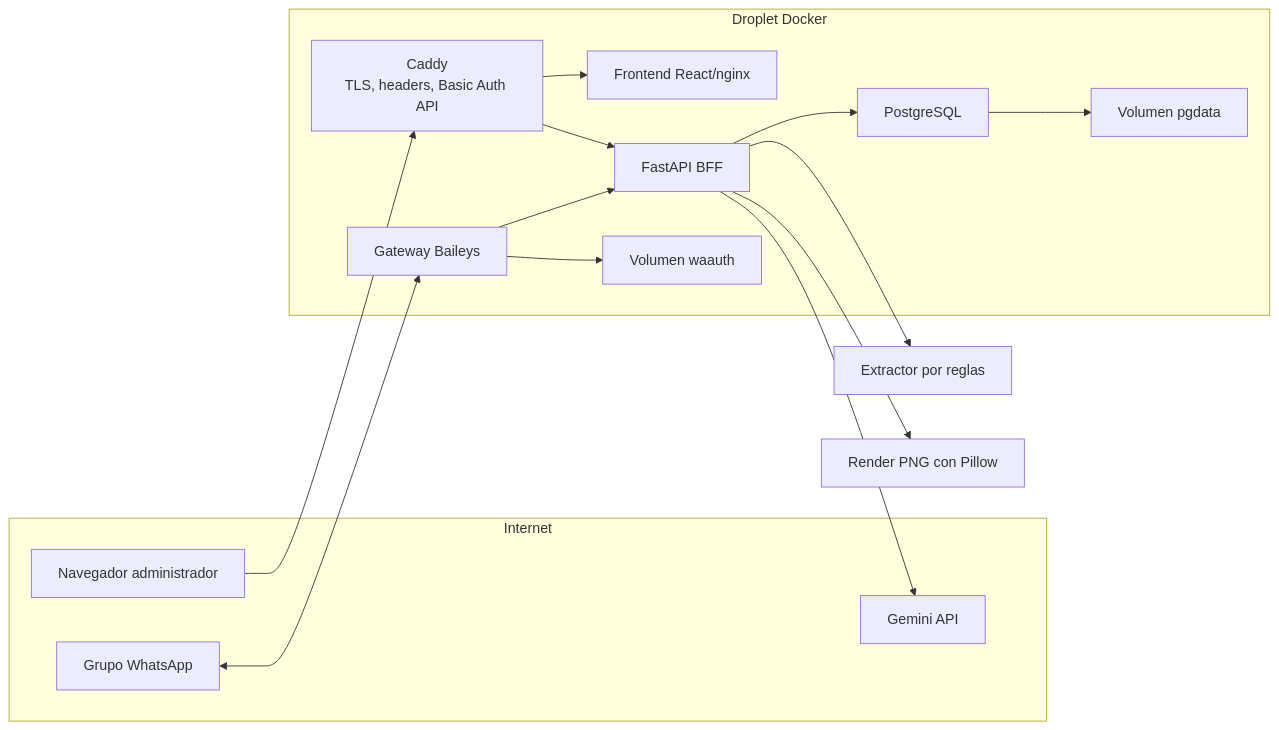
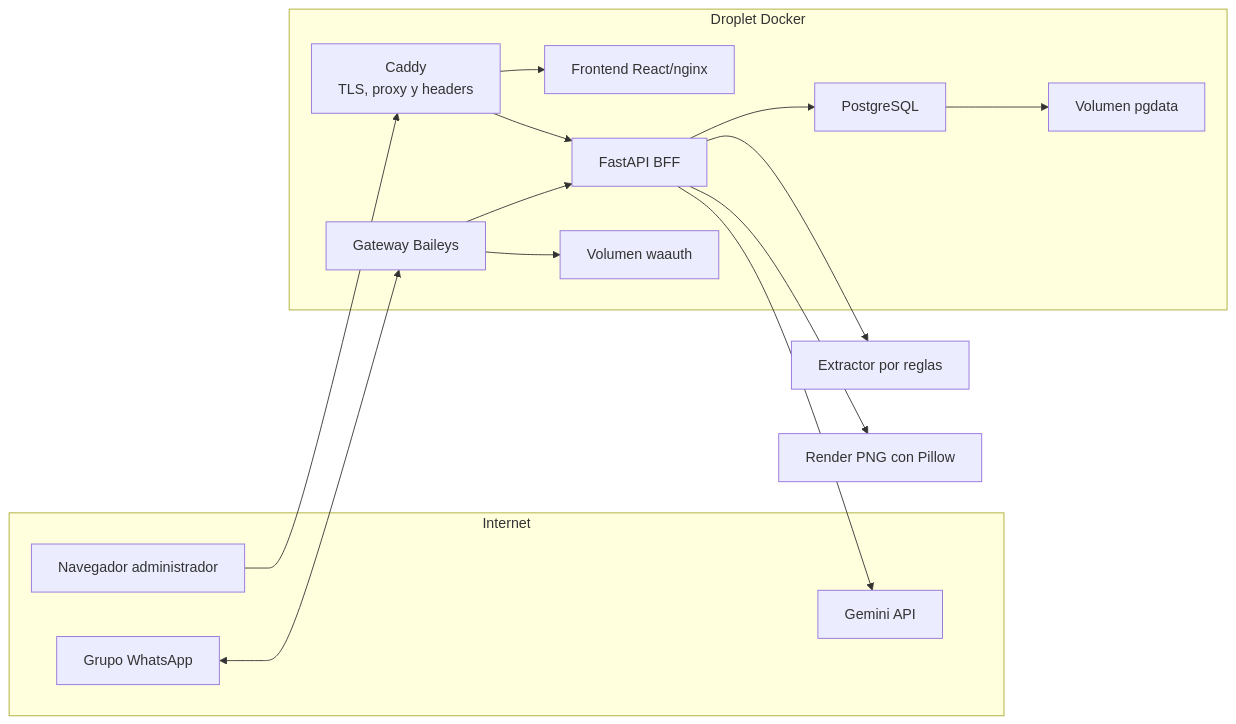
The first of 4 diagrams in coordinador-simple-mvp/docs/ARQUITECTURA.md (MatiasHernandezC/CoordAgent), drawn with Mermaid before and after one commit. The commit also changed other lines of this file and 33 other files, not shown here.

````diff
--- a/coordinador-simple-mvp/docs/ARQUITECTURA.md
+++ b/coordinador-simple-mvp/docs/ARQUITECTURA.md
@@ -18,30 +18,30 @@
 ```mermaid
 flowchart LR
   subgraph Publico["Internet"]
     Browser["Navegador administrador"]
     WhatsApp["Grupo WhatsApp"]
     Gemini["Gemini API"]
   end
 
   subgraph Droplet["Droplet Docker"]
-    Caddy["Caddy\nTLS, headers, Basic Auth API"]
+    Caddy["Caddy\nTLS, proxy y headers"]
     Frontend["Frontend React/nginx"]
     Backend["FastAPI BFF"]
     Gateway["Gateway Baileys"]
     Postgres["PostgreSQL"]
     VolWA["Volumen waauth"]
     VolPG["Volumen pgdata"]
   end
 
   Browser --> Caddy
   Caddy --> Frontend
   Caddy --> Backend
   WhatsApp <--> Gateway
   Gateway --> Backend
   Backend --> Postgres
   Backend --> Gemini
   Backend --> BackendRules["Extractor por reglas"]
   Backend --> ImageRender["Render PNG con Pillow"]
   Gateway --> VolWA
   Postgres --> VolPG
 ```
````
